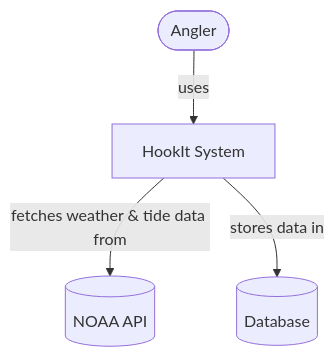
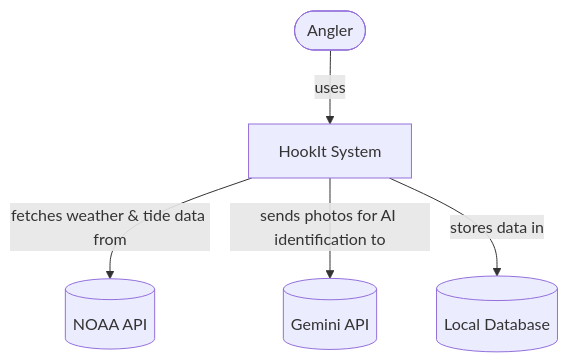
Before and after one commit to ddinza/cen5064-project-dinza: the first of 4 diagrams in README.md, drawn with Mermaid. The commit also changed other lines of this file, not shown here.

First line of the commit message:
Enhance README with Gemini API and database updates

````diff
--- a/README.md
+++ b/README.md
@@ -54,8 +54,9 @@
 ```mermaid
 
 %% HookIt Context Diagram
 flowchart TB
     user([Angler]) -->|uses| system[HookIt System]
     system -->|fetches weather & tide data from| noaa[(NOAA API)]
-    system -->|stores data in| db[(Database)]
+    system -->|sends photos for AI identification to| gemini[(Gemini API)]
+    system -->|stores data in| db[(Local Database)]
 ```
````
